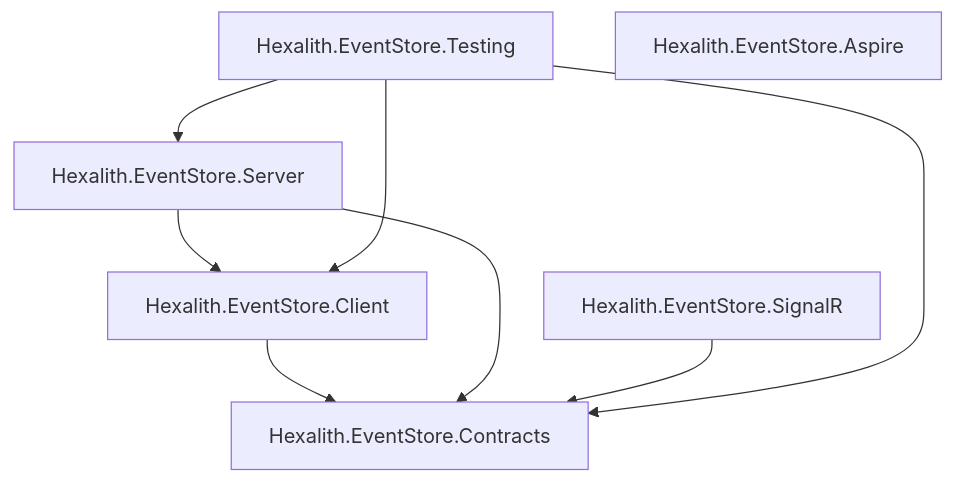
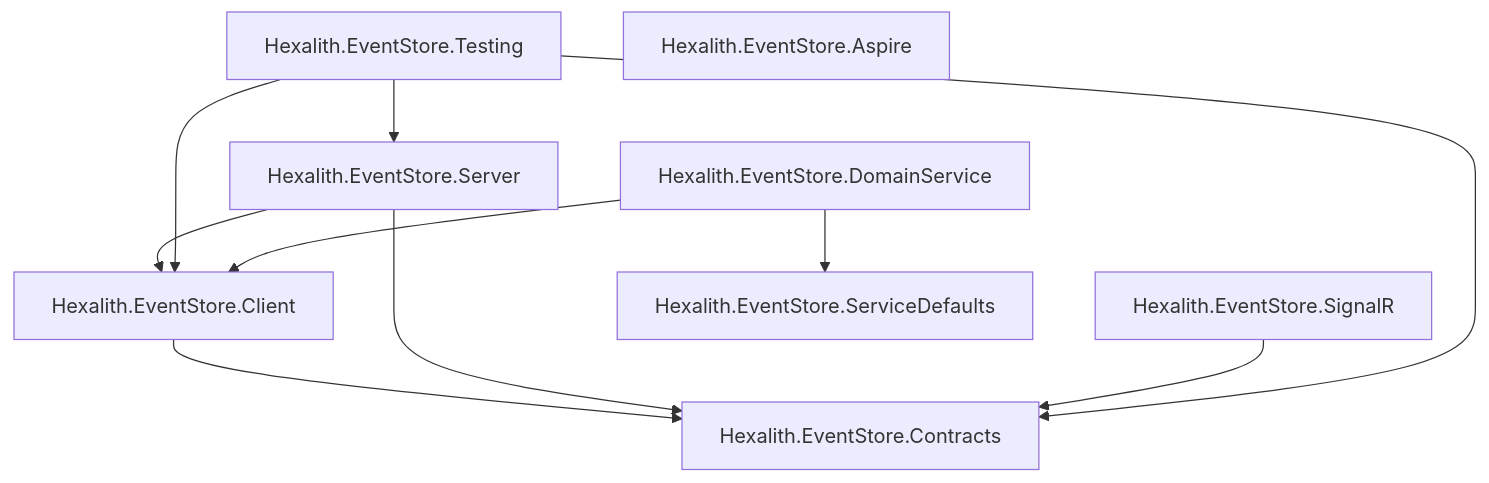
The diagram in docs/reference/nuget-packages.md (Hexalith/Hexalith.EventStore), drawn with Mermaid before and after one commit. The commit also changed other lines of this file and 7 other files, not shown here.

Commit message:
feat: Add ServiceDefaults and DomainService SDK packages; update documentation and tests for domain-centric authoring

````diff
--- a/docs/reference/nuget-packages.md
+++ b/docs/reference/nuget-packages.md
@@ -22,17 +24,21 @@
 ```mermaid
 graph TD
     Contracts[Hexalith.EventStore.Contracts]
     Client[Hexalith.EventStore.Client]
     Server[Hexalith.EventStore.Server]
     SignalR[Hexalith.EventStore.SignalR]
     Testing[Hexalith.EventStore.Testing]
     Aspire[Hexalith.EventStore.Aspire]
+    ServiceDefaults[Hexalith.EventStore.ServiceDefaults]
+    DomainService[Hexalith.EventStore.DomainService]
 
     Client --> Contracts
     Server --> Client
     Server --> Contracts
     SignalR --> Contracts
     Testing --> Client
     Testing --> Contracts
     Testing --> Server
+    DomainService --> Client
+    DomainService --> ServiceDefaults
 ```
````
